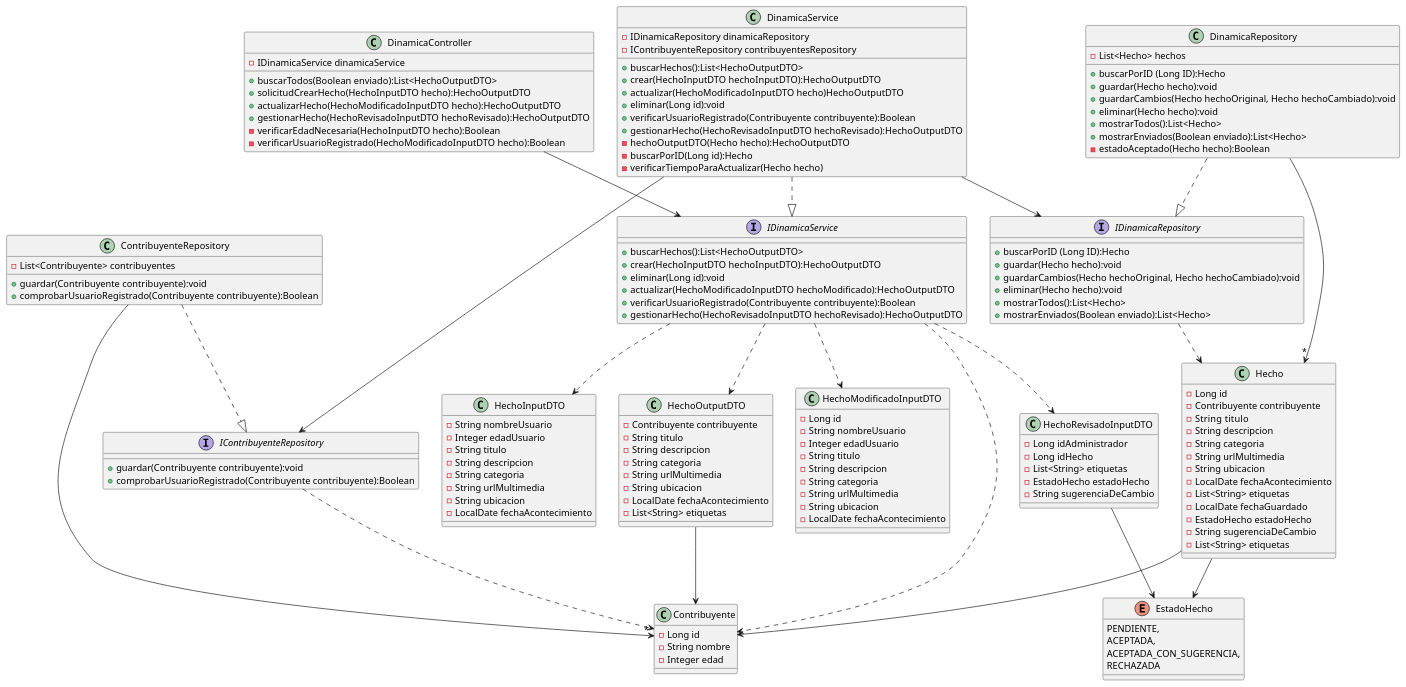
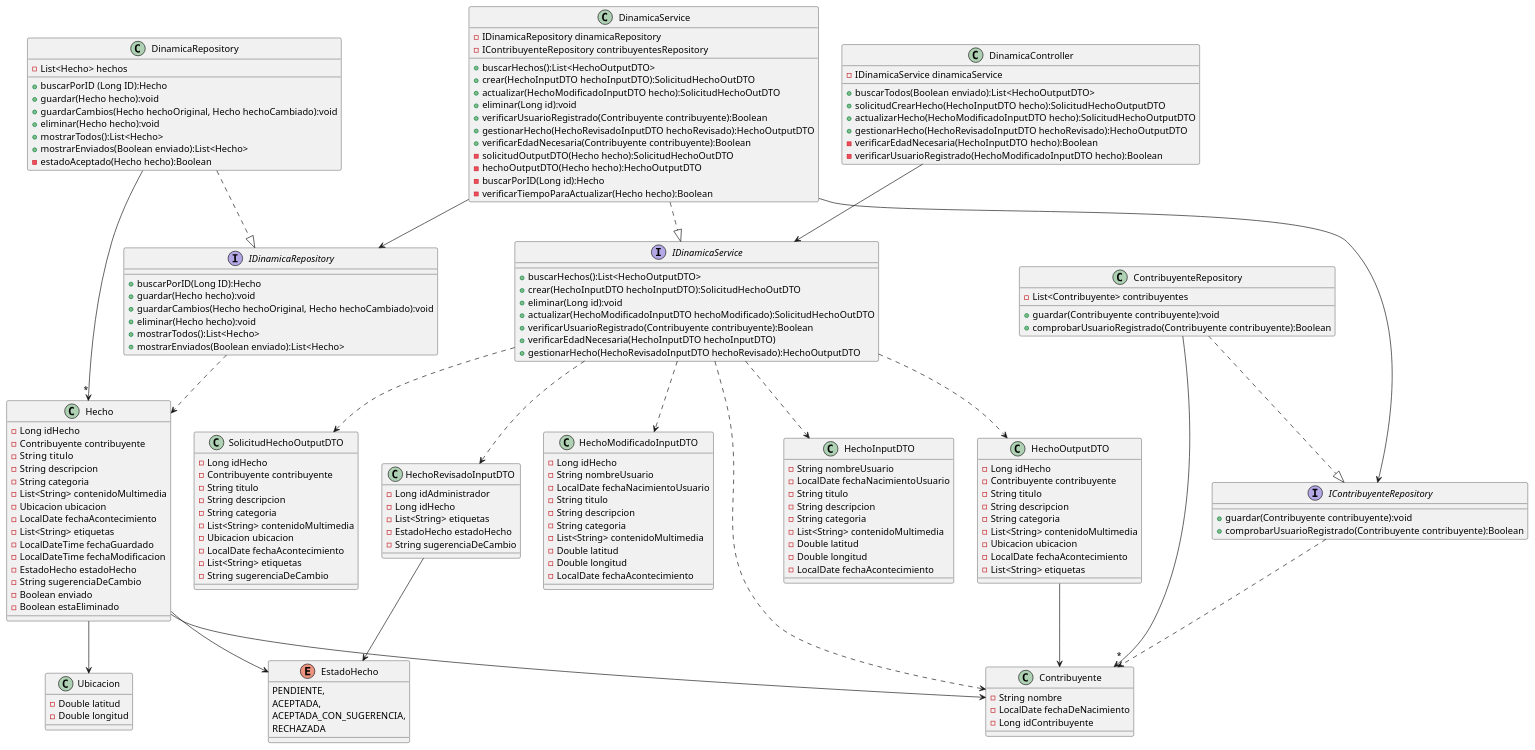
One commit to BrunoRodriguezzz/tp-dsi changed the diagram in fuenteDinamica/DiagramaDeClases-FuenteDinamica.puml. Above: the diagram before and after it, drawn with PlantUML. The commit also changed 15 other files, not shown here.

```diff
--- a/fuenteDinamica/DiagramaDeClases-FuenteDinamica.puml
+++ b/fuenteDinamica/DiagramaDeClases-FuenteDinamica.puml
@@ -2,6 +2,7 @@
 'Hecho
  Hecho --> Contribuyente
  Hecho --> EstadoHecho
+ Hecho --> Ubicacion
 
 'HechoRevisadoInputDTO
  HechoRevisadoInputDTO --> EstadoHecho
@@ -26,6 +27,7 @@
 'IDinamicaService
  IDinamicaService ..> HechoOutputDTO
  IDinamicaService ..> HechoInputDTO
+ IDinamicaService ..> SolicitudHechoOutputDTO
  IDinamicaService ..> HechoModificadoInputDTO
  IDinamicaService ..> HechoRevisadoInputDTO
  IDinamicaService ..> Contribuyente
@@ -41,25 +43,27 @@
 class HechoInputDTO {
 
     - String nombreUsuario
-    - Integer edadUsuario
+    - LocalDate fechaNacimientoUsuario
     - String titulo
     - String descripcion
     - String categoria
-    - String urlMultimedia
-    - String ubicacion
+    - List<String> contenidoMultimedia
+    - Double latitud
+    - Double longitud
     - LocalDate fechaAcontecimiento
 }
 
 class HechoModificadoInputDTO {
 
-    - Long id
+    - Long idHecho
     - String nombreUsuario
-    - Integer edadUsuario
+    - LocalDate fechaNacimientoUsuario
     - String titulo
     - String descripcion
     - String categoria
-    - String urlMultimedia
-    - String ubicacion
+    - List<String> contenidoMultimedia
+    - Double latitud
+    - Double longitud
     - LocalDate fechaAcontecimiento
 }
 
@@ -73,37 +77,58 @@
 }
 
 class HechoOutputDTO {
+    - Long idHecho
     - Contribuyente contribuyente
     - String titulo
     - String descripcion
     - String categoria
-    - String urlMultimedia
-    - String ubicacion
+    - List<String> contenidoMultimedia
+    - Ubicacion ubicacion
     - LocalDate fechaAcontecimiento
     - List<String> etiquetas
 }
 
+class SolicitudHechoOutputDTO {
+    - Long idHecho
+    - Contribuyente contribuyente
+    - String titulo
+    - String descripcion
+    - String categoria
+    - List<String> contenidoMultimedia
+    - Ubicacion ubicacion
+    - LocalDate fechaAcontecimiento
+    - List<String> etiquetas
+    - String sugerenciaDeCambio
+}
+
 class Hecho {
 
-    - Long id
+    - Long idHecho
     - Contribuyente contribuyente
     - String  titulo
     - String descripcion
     - String categoria
-    - String urlMultimedia
-    - String ubicacion
+    - List<String> contenidoMultimedia
+    - Ubicacion ubicacion
     - LocalDate fechaAcontecimiento
     - List<String> etiquetas
-    - LocalDate fechaGuardado
+    - LocalDateTime fechaGuardado
+    - LocalDateTime fechaModificacion
     - EstadoHecho estadoHecho
     - String sugerenciaDeCambio
-    - List<String> etiquetas
+    - Boolean enviado
+    - Boolean estaEliminado
+}
+
+class Ubicacion{
+    - Double latitud
+    - Double longitud
 }
 
 class Contribuyente {
-    - Long id
     - String nombre
-    - Integer edad
+    - LocalDate fechaDeNacimiento
+    - Long idContribuyente
 }
 
 enum EstadoHecho {
@@ -130,7 +155,7 @@
 
 interface IDinamicaRepository {
 
-    + buscarPorID (Long ID):Hecho
+    + buscarPorID(Long ID):Hecho
     + guardar(Hecho hecho):void
     + guardarCambios(Hecho hechoOriginal, Hecho hechoCambiado):void
     + eliminar(Hecho hecho):void
@@ -155,10 +180,11 @@
 interface IDinamicaService {
 
     + buscarHechos():List<HechoOutputDTO>
-    + crear(HechoInputDTO hechoInputDTO):HechoOutputDTO
+    + crear(HechoInputDTO hechoInputDTO):SolicitudHechoOutDTO
     + eliminar(Long id):void
-    + actualizar(HechoModificadoInputDTO hechoModificado):HechoOutputDTO
+    + actualizar(HechoModificadoInputDTO hechoModificado):SolicitudHechoOutDTO
     + verificarUsuarioRegistrado(Contribuyente contribuyente):Boolean
+    + verificarEdadNecesaria(HechoInputDTO hechoInputDTO)
     + gestionarHecho(HechoRevisadoInputDTO hechoRevisado):HechoOutputDTO
 
 }
@@ -169,14 +195,16 @@
     - IContribuyenteRepository contribuyentesRepository
 
     + buscarHechos():List<HechoOutputDTO>
-    + crear(HechoInputDTO hechoInputDTO):HechoOutputDTO
-    + actualizar(HechoModificadoInputDTO hecho)HechoOutputDTO
+    + crear(HechoInputDTO hechoInputDTO):SolicitudHechoOutDTO
+    + actualizar(HechoModificadoInputDTO hecho):SolicitudHechoOutDTO
     + eliminar(Long id):void
     + verificarUsuarioRegistrado(Contribuyente contribuyente):Boolean
     + gestionarHecho(HechoRevisadoInputDTO hechoRevisado):HechoOutputDTO
+    + verificarEdadNecesaria(Contribuyente contribuyente):Boolean
+    - solicitudOutputDTO(Hecho hecho):SolicitudHechoOutDTO
     - hechoOutputDTO(Hecho hecho):HechoOutputDTO
     - buscarPorID(Long id):Hecho
-    - verificarTiempoParaActualizar(Hecho hecho)
+    - verificarTiempoParaActualizar(Hecho hecho):Boolean
 }
 
 class DinamicaController{
@@ -184,8 +212,8 @@
     - IDinamicaService dinamicaService
 
     + buscarTodos(Boolean enviado):List<HechoOutputDTO>
-    + solicitudCrearHecho(HechoInputDTO hecho):HechoOutputDTO
-    + actualizarHecho(HechoModificadoInputDTO hecho):HechoOutputDTO
+    + solicitudCrearHecho(HechoInputDTO hecho):SolicitudHechoOutputDTO
+    + actualizarHecho(HechoModificadoInputDTO hecho):SolicitudHechoOutputDTO
     + gestionarHecho(HechoRevisadoInputDTO hechoRevisado):HechoOutputDTO
     - verificarEdadNecesaria(HechoInputDTO hecho):Boolean
     - verificarUsuarioRegistrado(HechoModificadoInputDTO hecho):Boolean
```
